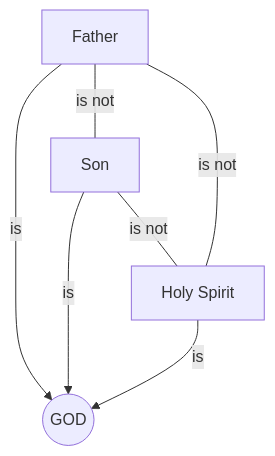
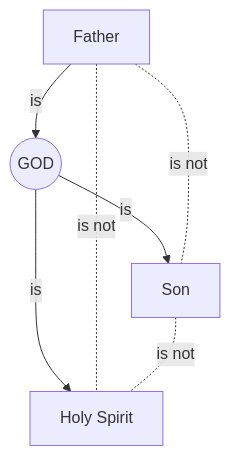
One commit to dpwhittaker/systematic-theology changed the first of 5 diagrams in handouts/son-of-god.md. Above: the diagram before and after it, drawn with Mermaid. The commit also changed 2 other files, not shown here.

Commit message:
fix: center GOD node in Trinity Shield mermaid diagram
Restructured edge flow so Father→GOD→Son/Holy Spirit using directed
arrows for rank control. Dotted "is not" lines connect the three
outer corners. Creates classic Scutum Fidei layout with GOD properly
centered in the middle rank.

````diff
--- a/handouts/son-of-god.md
+++ b/handouts/son-of-god.md
@@ -109,9 +109,9 @@
 ```mermaid
 graph TD
-    F["Father"] ---|"is not"| S["Son"]
-    S ---|"is not"| HS["Holy Spirit"]
-    F ---|"is not"| HS
-    F -->|"is"| G(("GOD"))
-    S -->|"is"| G
-    HS -->|"is"| G
+    F["Father"] -->|"is"| G(("GOD"))
+    G -->|"is"| S["Son"]
+    G -->|"is"| HS["Holy Spirit"]
+    F -.-|"is not"| S
+    F -.-|"is not"| HS
+    S -.-|"is not"| HS
 ```
````
